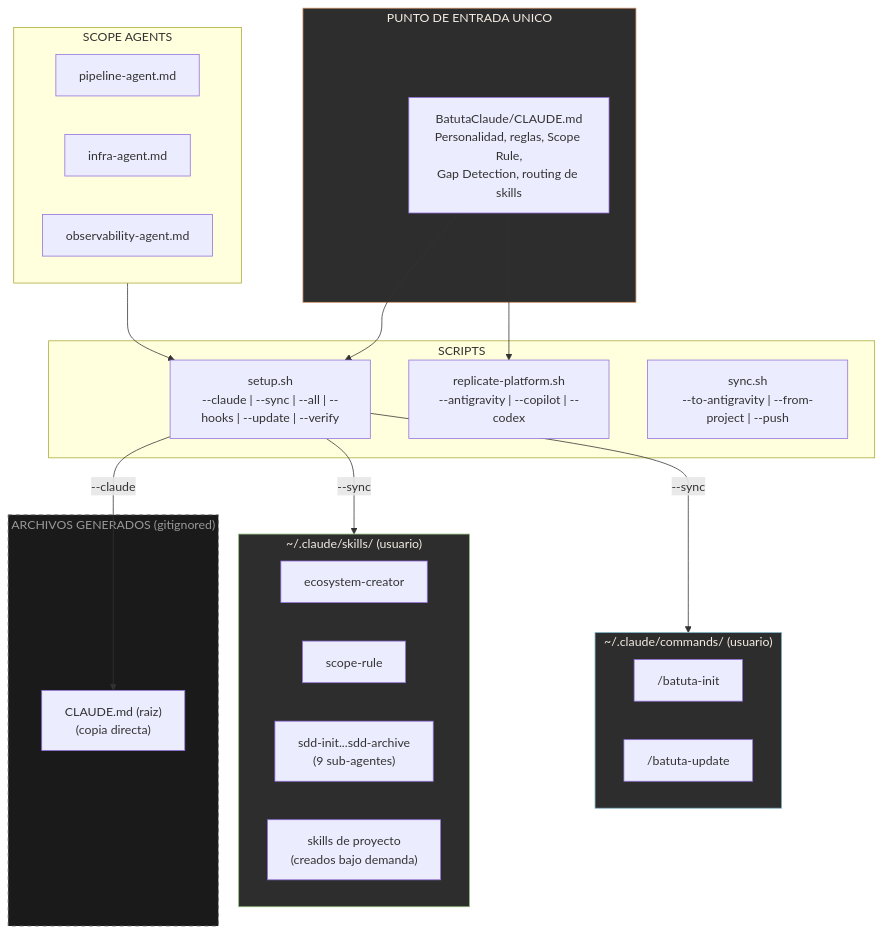
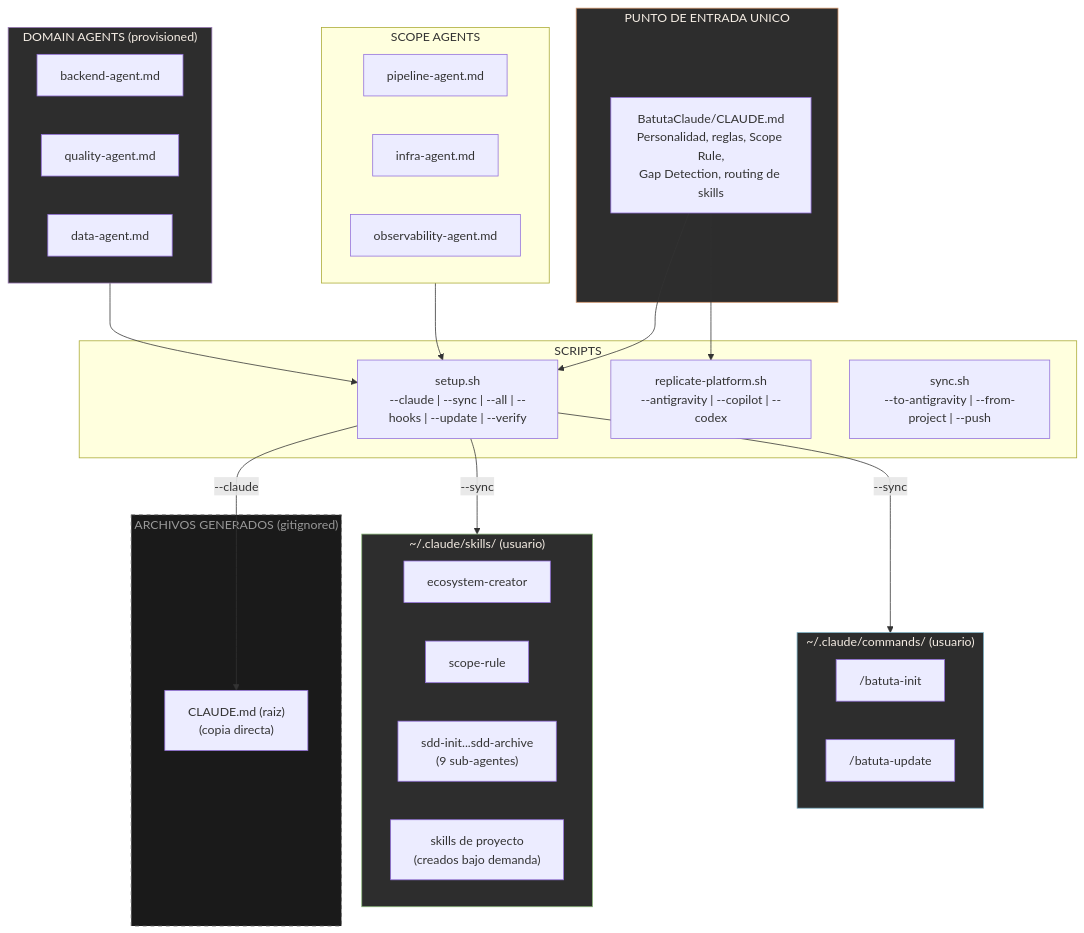
Before and after one commit to jota-batuta/batuta-dots: the first of 26 diagrams in docs/architecture/arquitectura-diagrama.md, drawn with Mermaid. The commit also changed other lines of this file and 79 other files, not shown here.

First line of the commit message:
feat(v13): agents architecture, skill eval, validation fixes

````diff
--- a/docs/architecture/arquitectura-diagrama.md
+++ b/docs/architecture/arquitectura-diagrama.md
@@ -5,46 +5,54 @@
 ```mermaid
 flowchart TB
     subgraph FUENTE["PUNTO DE ENTRADA UNICO"]
         CLAUDE_SRC["BatutaClaude/CLAUDE.md<br/>Personalidad, reglas, Scope Rule,<br/>Gap Detection, routing de skills"]
     end
 
     subgraph AGENTS_SRC["SCOPE AGENTS"]
         AG_PIPELINE["pipeline-agent.md"]
         AG_INFRA["infra-agent.md"]
         AG_OBS["observability-agent.md"]
+    end
+
+    subgraph DOMAIN_SRC["DOMAIN AGENTS (provisioned)"]
+        AG_BACKEND["backend-agent.md"]
+        AG_QUALITY["quality-agent.md"]
+        AG_DATA["data-agent.md"]
     end
 
     subgraph SETUP["SCRIPTS"]
         SETUP_SH["setup.sh<br/>--claude | --sync | --all | --hooks | --update | --verify"]
         REPLICATE["replicate-platform.sh<br/>--antigravity | --copilot | --codex"]
         SYNC_BI["sync.sh<br/>--to-antigravity | --from-project | --push"]
     end
 
     subgraph GENERADO["ARCHIVOS GENERADOS (gitignored)"]
         CLAUDE_GEN["CLAUDE.md (raiz)<br/>(copia directa)"]
     end
 
     subgraph SKILLS_LOCAL["~/.claude/skills/ (usuario)"]
         SK_ECO["ecosystem-creator"]
         SK_SCOPE["scope-rule"]
         SK_SDD["sdd-init...sdd-archive<br/>(9 sub-agentes)"]
         SK_PROJECT["skills de proyecto<br/>(creados bajo demanda)"]
     end
 
     subgraph COMMANDS_LOCAL["~/.claude/commands/ (usuario)"]
         CMD_INIT["/batuta-init"]
         CMD_UPDATE["/batuta-update"]
     end
 
     CLAUDE_SRC --> SETUP_SH
     AGENTS_SRC --> SETUP_SH
+    DOMAIN_SRC --> SETUP_SH
     SETUP_SH -->|"--claude"| CLAUDE_GEN
     SETUP_SH -->|"--sync"| SKILLS_LOCAL
     SETUP_SH -->|"--sync"| COMMANDS_LOCAL
     CLAUDE_SRC --> REPLICATE
 
     style FUENTE fill:#2d2d2d,stroke:#D4956A,color:#F5EDE4
     style GENERADO fill:#1a1a1a,stroke:#666,color:#999,stroke-dasharray: 5 5
     style SKILLS_LOCAL fill:#2d2d2d,stroke:#8BB87A,color:#F5EDE4
     style COMMANDS_LOCAL fill:#2d2d2d,stroke:#7AAFC4,color:#F5EDE4
+    style DOMAIN_SRC fill:#2d2d2d,stroke:#9B7AB8,color:#F5EDE4
 ```
````
